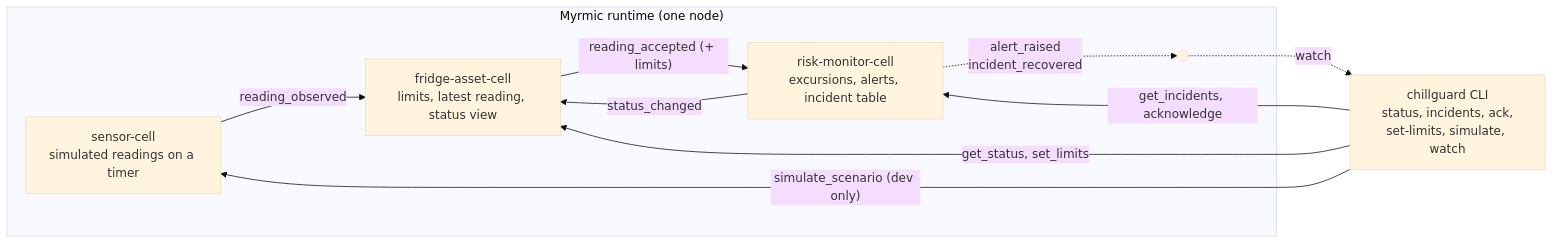
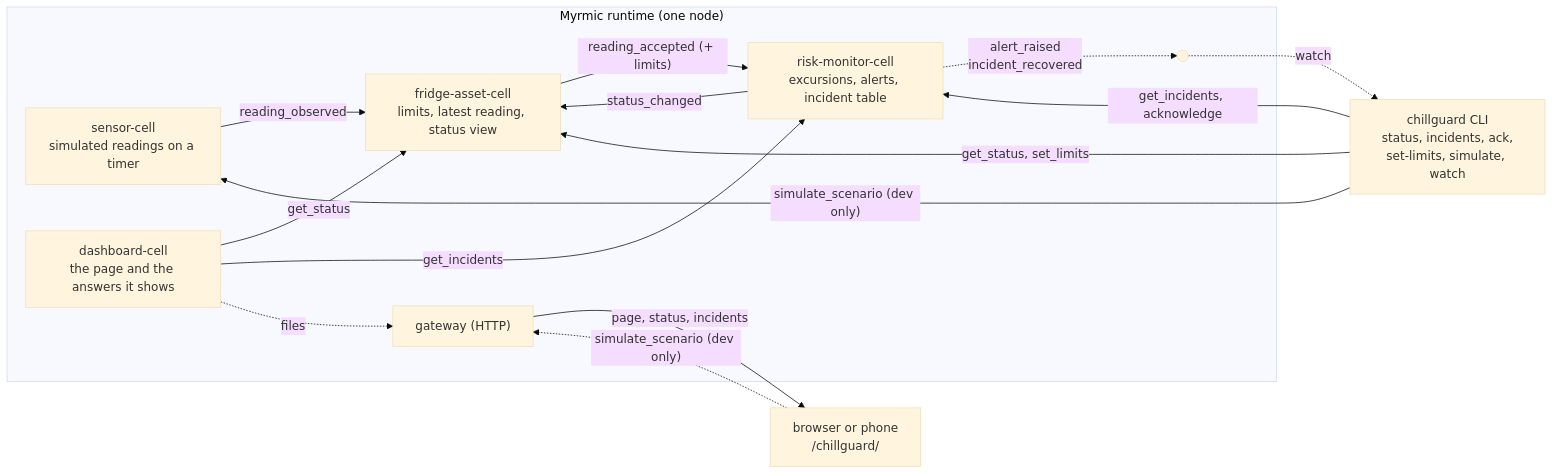
One commit to Weebad123/chillguard changed the diagram in README.md. Above: the diagram before and after it, drawn with Mermaid (base theme). The commit also changed other lines of this file and 44 other files, not shown here.

````diff
--- a/README.md
+++ b/README.md
@@ -28,17 +35,25 @@
 ```mermaid
 flowchart LR
     subgraph NODE["Myrmic runtime (one node)"]
         SENSOR["sensor-cell<br/>simulated readings on a timer"]
         ASSET["fridge-asset-cell<br/>limits, latest reading, status view"]
         RISK["risk-monitor-cell<br/>excursions, alerts, incident table"]
         SENSOR -- "reading_observed" --> ASSET
         ASSET -- "reading_accepted (+ limits)" --> RISK
         RISK -- "status_changed" --> ASSET
         RISK -. "alert_raised<br/>incident_recovered" .-> OUT(( ))
+        DASH["dashboard-cell<br/>the page and the answers it shows"]
+        DASH -- "get_status" --> ASSET
+        DASH -- "get_incidents" --> RISK
+        GW["gateway (HTTP)"]
+        DASH -. "files" .-> GW
     end
+    BROWSER["browser or phone<br/>/chillguard/"]
+    GW -- "page, status, incidents" --> BROWSER
+    BROWSER -. "simulate_scenario (dev only)" .-> GW
     CLI["chillguard CLI<br/>status, incidents, ack,<br/>set-limits, simulate, watch"]
     CLI -- "get_status, set_limits" --> ASSET
     CLI -- "get_incidents, acknowledge" --> RISK
     CLI -- "simulate_scenario (dev only)" --> SENSOR
     OUT -. "watch" .-> CLI
 ```
````
